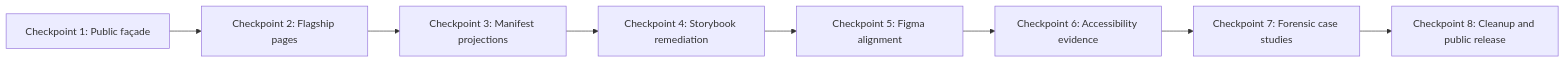
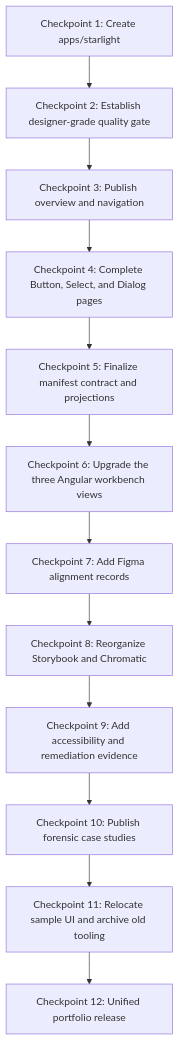
The diagram in docs/documentation-upgrade/12-delivery-roadmap.md (JeffreySanford/public-sector-federation), drawn with Mermaid before and after one commit. The commit also changed other lines of this file, not shown here.

Commit message:
docs: add Starlight quality-gate delivery checkpoint

````diff
--- a/docs/documentation-upgrade/12-delivery-roadmap.md
+++ b/docs/documentation-upgrade/12-delivery-roadmap.md
@@ -9,10 +18,14 @@
 ```mermaid
-flowchart LR
-  C1[Checkpoint 1: Public façade] --> C2[Checkpoint 2: Flagship pages]
-  C2 --> C3[Checkpoint 3: Manifest projections]
-  C3 --> C4[Checkpoint 4: Storybook remediation]
-  C4 --> C5[Checkpoint 5: Figma alignment]
-  C5 --> C6[Checkpoint 6: Accessibility evidence]
-  C6 --> C7[Checkpoint 7: Forensic case studies]
-  C7 --> C8[Checkpoint 8: Cleanup and public release]
+flowchart TD
+  A[Checkpoint 1: Create apps/starlight] --> B[Checkpoint 2: Establish designer-grade quality gate]
+  B --> C[Checkpoint 3: Publish overview and navigation]
+  C --> D[Checkpoint 4: Complete Button, Select, and Dialog pages]
+  D --> E[Checkpoint 5: Finalize manifest contract and projections]
+  E --> F[Checkpoint 6: Upgrade the three Angular workbench views]
+  F --> G[Checkpoint 7: Add Figma alignment records]
+  G --> H[Checkpoint 8: Reorganize Storybook and Chromatic]
+  H --> I[Checkpoint 9: Add accessibility and remediation evidence]
+  I --> J[Checkpoint 10: Publish forensic case studies]
+  J --> K[Checkpoint 11: Relocate sample UI and archive old tooling]
+  K --> L[Checkpoint 12: Unified portfolio release]
 ```
````
